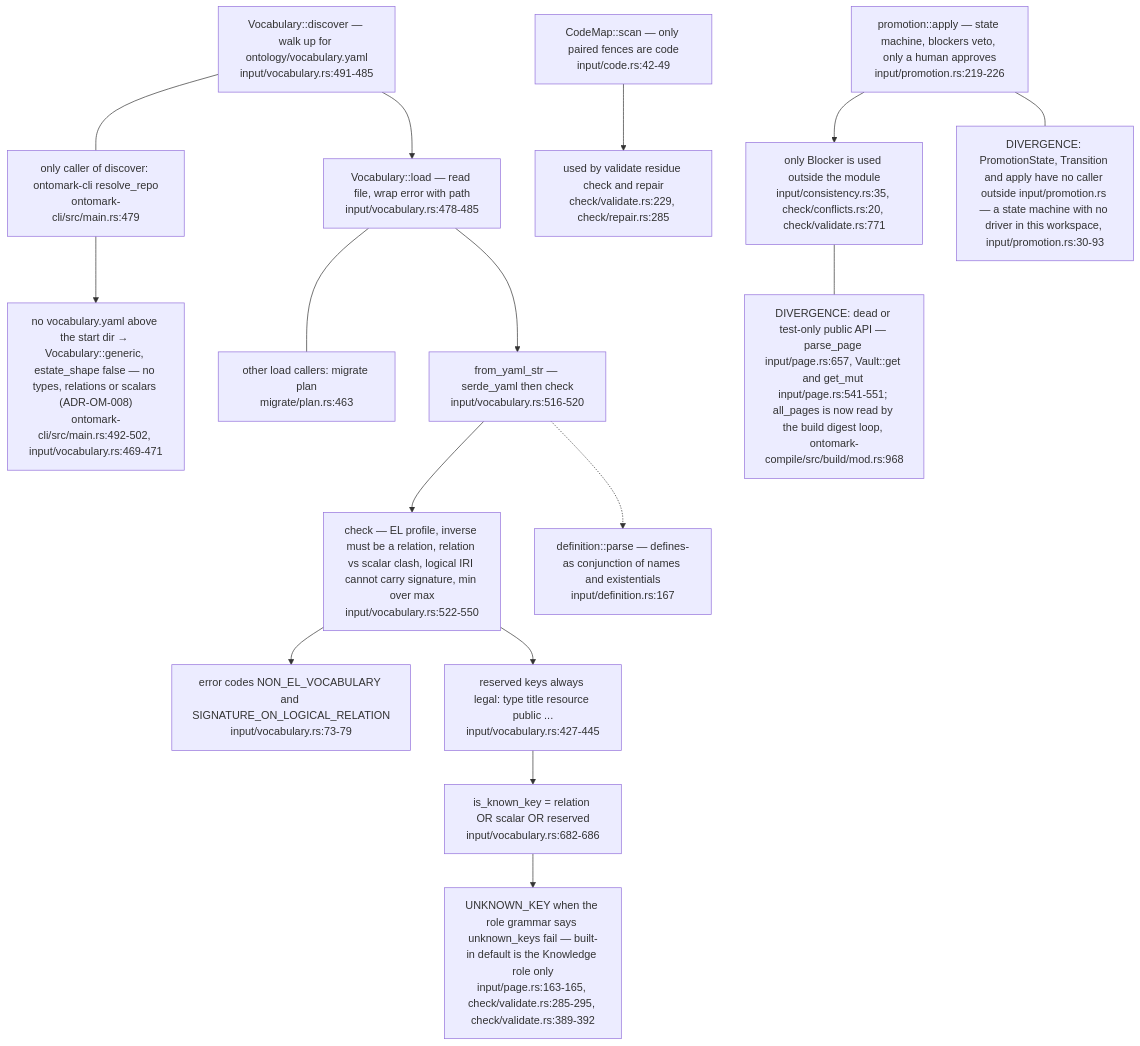
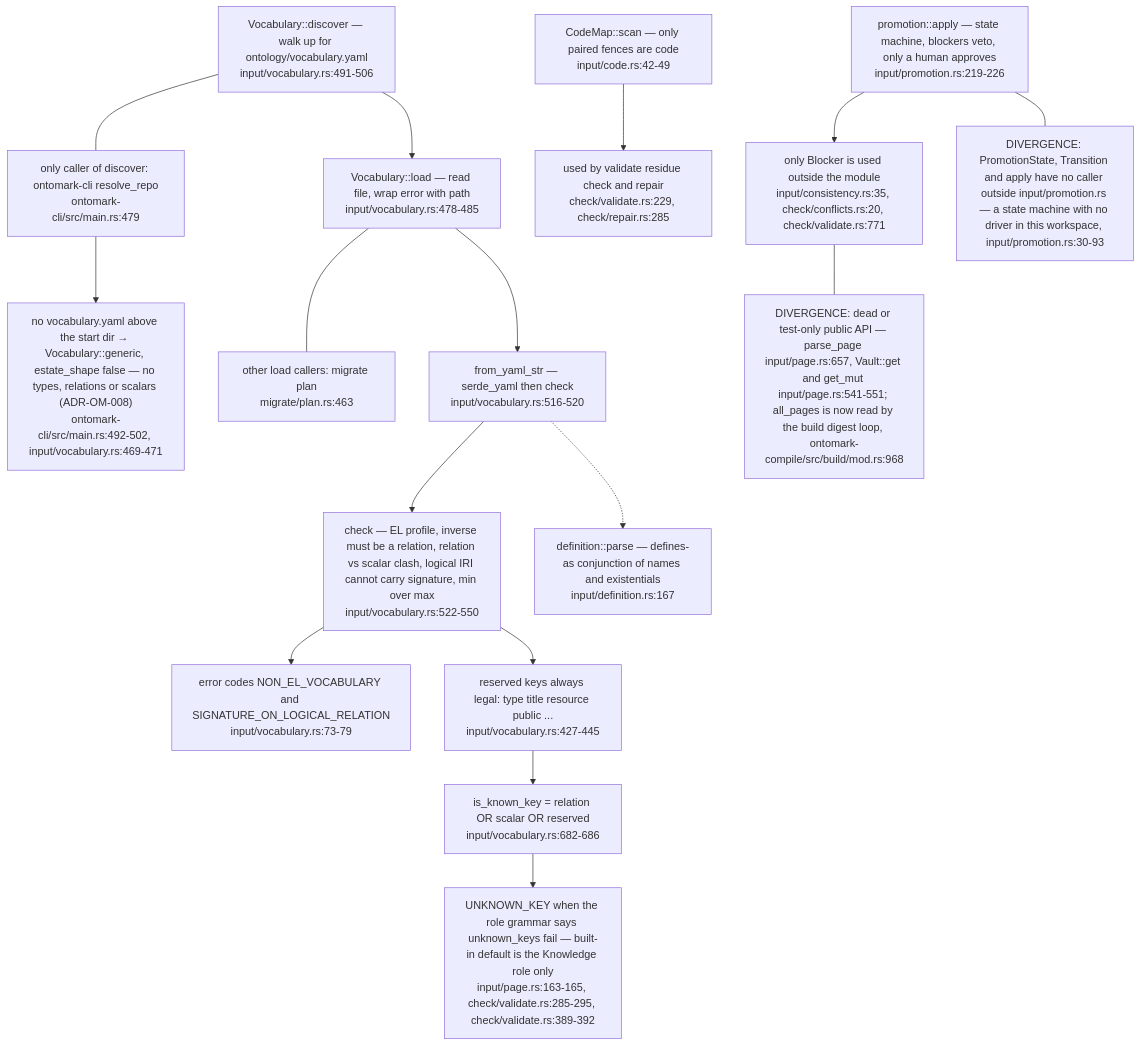
The sixth of 6 diagrams in docs/diagrams/ontomark/01-input-layer-vault-pages-and-gates.md (DreamLab-AI/VisionFlow), drawn with Mermaid before and after one commit. The commit also changed 5 other files, not shown here.

````diff
--- a/docs/diagrams/ontomark/01-input-layer-vault-pages-and-gates.md
+++ b/docs/diagrams/ontomark/01-input-layer-vault-pages-and-gates.md
@@ -243,31 +243,31 @@
 ```mermaid
 flowchart TD
-    DISC["Vocabulary::discover — walk up for ontology/vocabulary.yaml<br/>input/vocabulary.rs:491-485"]
+    DISC["Vocabulary::discover — walk up for ontology/vocabulary.yaml<br/>input/vocabulary.rs:491-506"]
     CLIUSE["only caller of discover: ontomark-cli resolve_repo<br/>ontomark-cli/src/main.rs:479"]
     GENERIC["no vocabulary.yaml above the start dir → Vocabulary::generic, estate_shape false — no types, relations or scalars (ADR-OM-008)<br/>ontomark-cli/src/main.rs:492-502, input/vocabulary.rs:469-471"]
     LOADV["Vocabulary::load — read file, wrap error with path<br/>input/vocabulary.rs:478-485"]
     LOADERS["other load callers: migrate plan<br/>migrate/plan.rs:463"]
     FROMYAML["from_yaml_str — serde_yaml then check<br/>input/vocabulary.rs:516-520"]
     CHECK["check — EL profile, inverse must be a relation, relation vs scalar clash, logical IRI cannot carry signature, min over max<br/>input/vocabulary.rs:522-550"]
     NONEL["error codes NON_EL_VOCABULARY and SIGNATURE_ON_LOGICAL_RELATION<br/>input/vocabulary.rs:73-79"]
     RESERVED["reserved keys always legal: type title resource public ...<br/>input/vocabulary.rs:427-445"]
     KNOWN["is_known_key = relation OR scalar OR reserved<br/>input/vocabulary.rs:682-686"]
     STRICT["UNKNOWN_KEY when the role grammar says unknown_keys fail — built-in default is the Knowledge role only<br/>input/page.rs:163-165, check/validate.rs:285-295, check/validate.rs:389-392"]
     DEFN["definition::parse — defines-as conjunction of names and existentials<br/>input/definition.rs:167"]
     CODE["CodeMap::scan — only paired fences are code<br/>input/code.rs:42-49"]
     CODEUSE["used by validate residue check and repair<br/>check/validate.rs:229, check/repair.rs:285"]
     PROMO["promotion::apply — state machine, blockers veto, only a human approves<br/>input/promotion.rs:219-226"]
     PROMOUSE["only Blocker is used outside the module<br/>input/consistency.rs:35, check/conflicts.rs:20, check/validate.rs:771"]
     DISC --> LOADV --> FROMYAML --> CHECK --> NONEL
     DISC --- CLIUSE
     CLIUSE --> GENERIC
     LOADV --- LOADERS
     CHECK --> RESERVED --> KNOWN --> STRICT
     FROMYAML -.-> DEFN
     CODE --> CODEUSE
     PROMO --> PROMOUSE
     note1["DIVERGENCE: PromotionState, Transition and apply have no caller outside input/promotion.rs — a state machine with no driver in this workspace, input/promotion.rs:30-93"]
     note2["DIVERGENCE: dead or test-only public API — parse_page input/page.rs:657, Vault::get and get_mut input/page.rs:541-551; all_pages is now read by the build digest loop, ontomark-compile/src/build/mod.rs:968"]
     PROMO --- note1
     PROMOUSE --- note2
 ```
````
